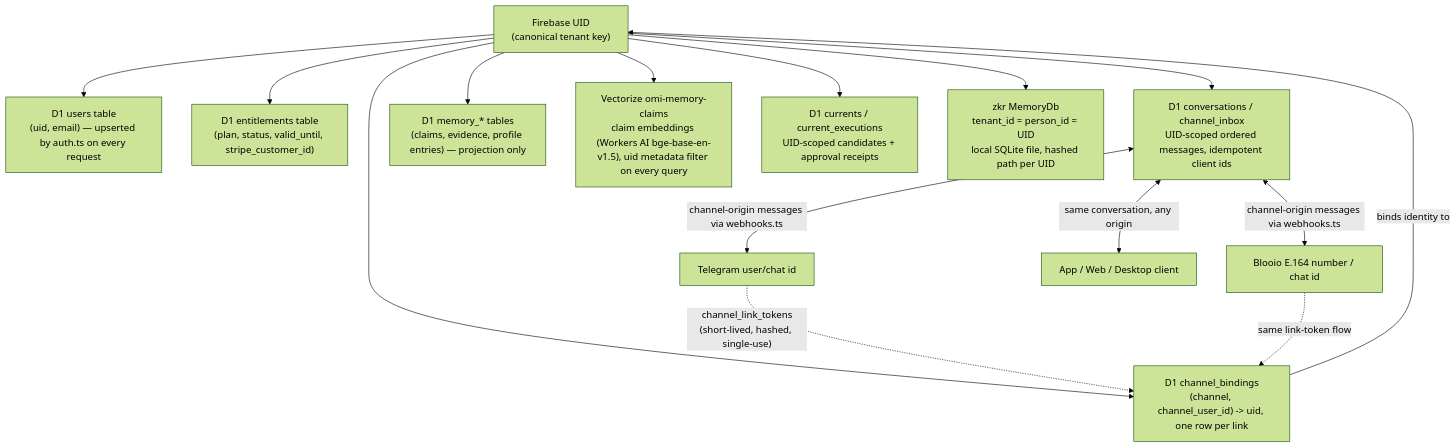
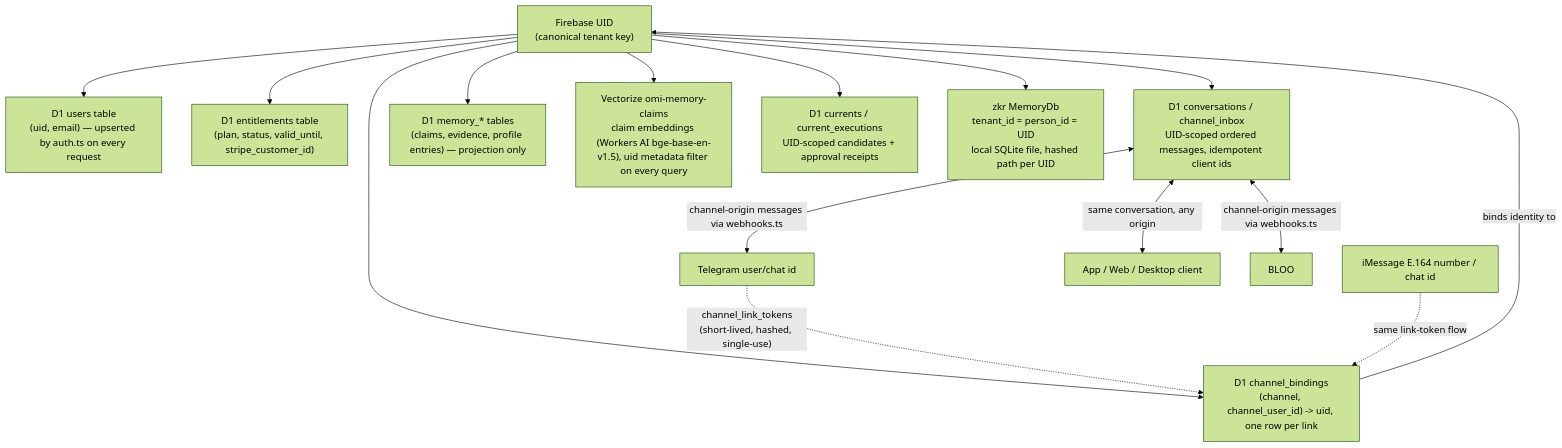
One commit to undivisible/omi-v4 changed diagram 13 of 14 in ARCHITECTURE.md. Above: the diagram before and after it, drawn with Mermaid (forest theme). The commit also changed other lines of this file and 46 other files, not shown here.

First line of the commit message:
Rename iMessage channel id from blooio to imessage.

````diff
--- a/ARCHITECTURE.md
+++ b/ARCHITECTURE.md
@@ -398,22 +398,22 @@
 ```mermaid
 flowchart TD
     UID["Firebase UID<br/>(canonical tenant key)"]
 
     UID --> D1U["D1 users table<br/>(uid, email) — upserted by auth.ts on every request"]
     UID --> D1E["D1 entitlements table<br/>(plan, status, valid_until, stripe_customer_id)"]
     UID --> D1C["D1 conversations / channel_inbox<br/>UID-scoped ordered messages, idempotent client ids"]
     UID --> D1M["D1 memory_* tables<br/>(claims, evidence, profile entries) — projection only"]
     UID --> VEC["Vectorize omi-memory-claims<br/>claim embeddings (Workers AI bge-base-en-v1.5), uid metadata filter on every query"]
     UID --> D1CUR["D1 currents / current_executions<br/>UID-scoped candidates + approval receipts"]
     UID --> D1CH["D1 channel_bindings<br/>(channel, channel_user_id) -> uid, one row per link"]
 
     UID --> ZKR["zkr MemoryDb<br/>tenant_id = person_id = UID<br/>local SQLite file, hashed path per UID"]
 
     TG["Telegram user/chat id"] -.->|"channel_link_tokens<br/>(short-lived, hashed, single-use)"| D1CH
-    BLOO["Blooio E.164 number / chat id"] -.->|"same link-token flow"| D1CH
+    SB["iMessage E.164 number / chat id"] -.->|"same link-token flow"| D1CH
     D1CH -->|"binds identity to"| UID
 
     D1C <-->|"same conversation, any origin"| App["App / Web / Desktop client"]
     D1C <-->|"channel-origin messages via webhooks.ts"| TG
     D1C <-->|"channel-origin messages via webhooks.ts"| BLOO
 ```
````
